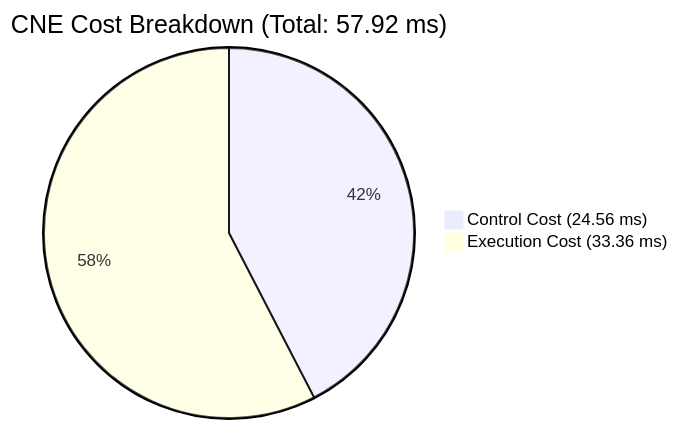
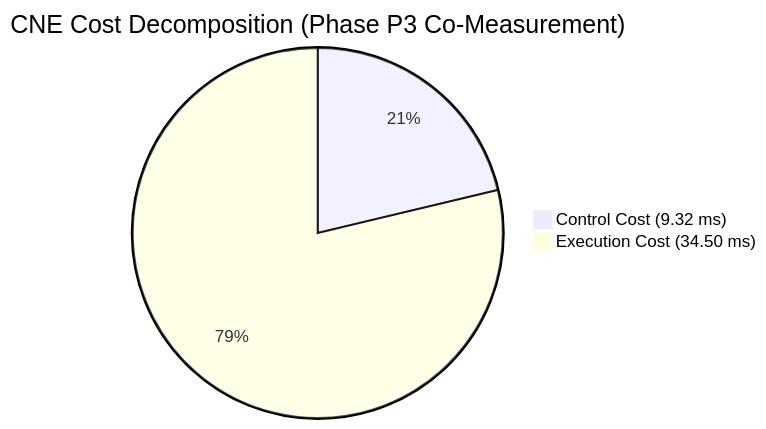
One commit to PrivateAccount-01/CNE changed the first of 2 diagrams in docs/BENCHMARK_REPORT.md. Above: the diagram before and after it, drawn with Mermaid. The commit also changed other lines of this file and 12 other files, not shown here.

````diff
--- a/docs/BENCHMARK_REPORT.md
+++ b/docs/BENCHMARK_REPORT.md
@@ -30,5 +33,5 @@
 ```mermaid
-pie title CNE Cost Breakdown (Total: 57.92 ms)
-    "Control Cost (24.56 ms)" : 24.56
-    "Execution Cost (33.36 ms)" : 33.36
+pie title CNE Cost Decomposition (Phase P3 Co-Measurement)
+    "Control Cost (9.32 ms)" : 9.32
+    "Execution Cost (34.50 ms)" : 34.50
 ```
````
